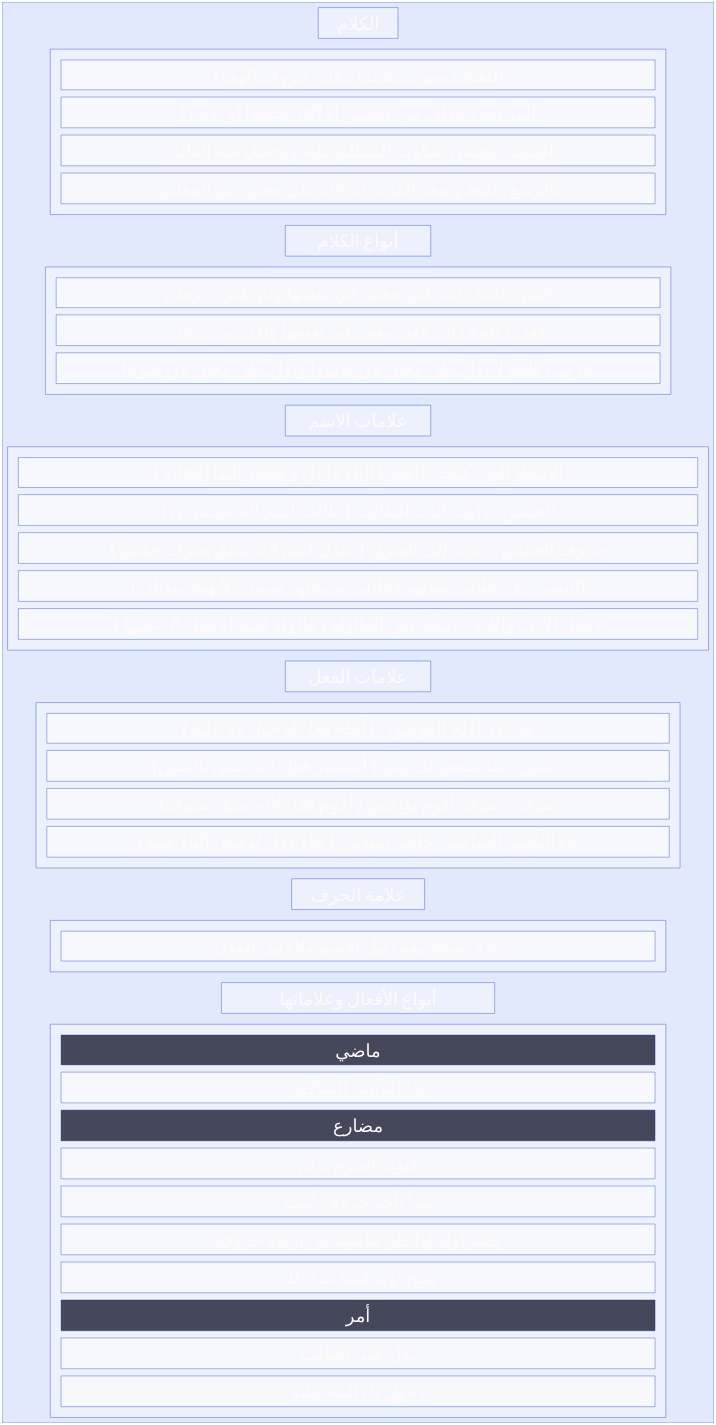
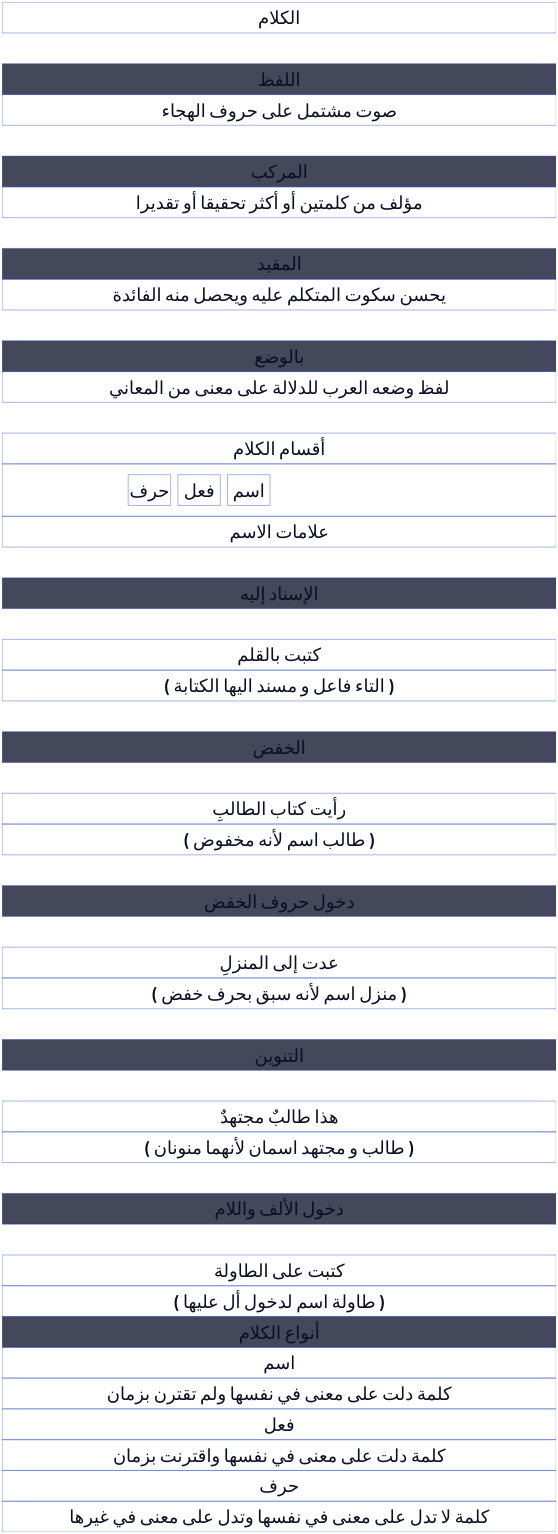
The diagram in src/content/docs/arabic/al-ajoromia.md (sanabel-al-firdaws/sanabel-al-firdaws.github.io), drawn with D2 before and after one commit. The commit also changed 1 other file, not shown here.

Commit message:
Update Google Docs files

````diff
--- a/src/content/docs/arabic/al-ajoromia.md
+++ b/src/content/docs/arabic/al-ajoromia.md
@@ -484,155 +484,149 @@
 ```d2
 
-direction: left
+grid-gap: 0
+
+grid-columns: 1
 
 **: {
 
+  grid-columns: 1
+
+  style.fill: transparent
+
   style.font-size: 100
 
-  style.font-color: "#fffafa"
+  grid-rows: 1
 
 }
 
-body*: {width: 3400}
+classes: {
 
-grid*: {width: 3400}
+  خفي: {
 
-boorder: "" {
+    style.opacity: 0
 
-body: "الكلام"
+    label: a
 
-grid: "" {
-
-  grid-columns: 1
-
-  اللفظ \: صوت مشتمل على حروف الهجاء  :{width: 3300}
-
-  المركب \: مؤلف من كلمتين أو أكثر تحقيقا أو تقديرا
-
-  المفيد \: يحسن سكوت المتكلم عليه ويحصل منه الفائدة
-
-  بالوضع  \: لفظ وضعه العرب للدلالة على معنى من المعاني
+  }
 
 }
 
-body1: "أنواع الكلام"
+direction: right
 
-grid1: "" {
+الكلام 
 
-  grid-columns: 1
+  0.class: خفي
 
-  اسم \: كلمة دلت على معنى في نفسها ولم تقترن بزمان: {width: 3300}
+  اللفظ  {style.fill: "#45475A" }
 
-  فعل \: كلمة دلت على معنى في نفسها واقترنت بزمان
+   صوت مشتمل على حروف الهجاء
 
-  حرف \: كلمة لا تدل على معنى في نفسها وتدل على معنى في غيرها
+  1.class: خفي
+
+  المركب  {style.fill: "#45475A" }
+
+   مؤلف من كلمتين أو أكثر تحقيقا أو تقديرا
+
+   2.class: خفي
+
+    المفيد  {style.fill: "#45475A" }
+
+   يحسن سكوت المتكلم عليه ويحصل منه الفائدة
+
+     3.class: خفي
+
+  بالوضع   {style.fill: "#45475A" }
+
+   لفظ وضعه العرب للدلالة على معنى من المعاني
+
+  4.class: خفي
+
+أقسام الكلام
+
+b2: "" {
+
+5.class: خفي
+
+6.class: خفي
+
+7.class: خفي
+
+8.class: خفي
+
+9.class: خفي
+
+  حرف
+
+  فعل
+
+  اسم
 
 }
 
-body2: "علامات الاسم"
+علامات الاسم
 
-grid2: "" {
+   10.class: خفي
 
-  grid-columns: 1
+  الإسناد إليه  {style.fill: "#45475A" }
 
-  الإسناد إليه - كتبت بالقلم  ( التاء فاعل و مسند اليها الكتابة ): {width: 3300}
+     11.class: خفي
 
-  الخفض - رأيت كتاب الطالبِ ( طالب اسم لأنه مخفوض )
+  كتبت بالقلم  
 
-  حروف الخفض - عدت إلى المنزلِ ( منزل اسم لأنه سبق بحرف خفض )
+  \( التاء فاعل و مسند اليها الكتابة )
 
-  التنوين - هذا طالبٌ مجتهدٌ ( طالب و مجتهد اسمان لأنهما منونان )
+    12.class: خفي
 
-  دخول الألف واللام - كتبت على الطاولة ( طاولة اسم لدخول أل عليها )
+  الخفض {style.fill: "#45475A" }
 
-}
+    13.class: خفي
 
-body3: "علامات الفعل"
+  رأيت كتاب الطالبِ 
 
-grid3: "" {
+    \( طالب اسم لأنه مخفوض )
 
-  grid-columns: 1
+      14.class: خفي
 
-  قد - قد أفلح المؤمنون  ( أفلح فعل لدخول قد عليه ) : {width: 3300}
+  دخول حروف الخفض {style.fill: "#45475A" }
 
-  السين - سأستغفر لك ربي ( أستغفر فعل لأنه سبق بالسين)
+     15.class: خفي
 
-  سوف - سوف أقوم بواجبي ( أقوم فعل لأنه سبق بسوف)
+  عدت إلى المنزلِ   
 
-  تاء التأنيث الساكنة - جائت سندس ( جاء فعل لدخول التاء عليه)
+  \( منزل اسم لأنه سبق بحرف خفض )
 
-}
+     16.class: خفي
 
-body4: "علامة الحرف"
+  التنوين {style.fill: "#45475A" }
 
-grid4: "" {
+  17.class: خفي
 
-  grid-columns: 1
+  هذا طالبٌ مجتهدٌ   
 
-  ما لا يصلح معه دليل الاسم ولا دليل الفعل: {width: 3300}
+  \( طالب و مجتهد اسمان لأنهما منونان )
 
-}
+  18.class: خفي
 
-body5: "أنواع الأفعال وعلاماتها"
+  دخول الألف واللام {style.fill: "#45475A" }
 
-grid5: "" {
+  19.class: خفي
 
-  grid-columns: 1
+  كتبت على الطاولة   
 
-  ماضي: {width: 3300; style.fill: "#45475A"}
+  \( طاولة اسم لدخول أل عليها )
 
-  تاء  التأنيث الساكنة
+أنواع الكلام {style.fill: "#45475A" }
 
-  مضارع :{style.fill: "#45475A"}
+   اسم 
 
-  قبوله الجزم بـ لم
+    كلمة دلت على معنى في نفسها ولم تقترن بزمان
 
-  يبدأ بأحد حروف أنيت
+  فعل 
 
-  يضم أوله إذا كان ماضيه من أربعة حروف
+   كلمة دلت على معنى في نفسها واقترنت بزمان
 
-  يفتح أوله فيما عدا ذلك
+  حرف 
 
-  أمر :{style.fill: "#45475A"}
-
-  يدل على الطلب
-
-  دخول ياء المخاطبة
-
-}
-
-}
-
-# N1: "#CDD6F4",
-
-# N2: "#BAC2DE",
-
-# N3: "#A6ADC8",
-
-# N4: "#585B70",
-
-# N5: "#45475A",
-
-# N6: "#45475A",
-
-# N7: "#1E1E2E",
-
-vars: {
-
-    d2-config: {
-
-      theme-overrides: {
-
-        # B2: "#66BB6A"
-
-        # B3: "#A5D6A7"
-
-        # B4: "#45475A"
-
-      }
-
-    }
-
-  }
+  كلمة لا تدل على معنى في نفسها وتدل على معنى في غيرها
 
 ```
````
